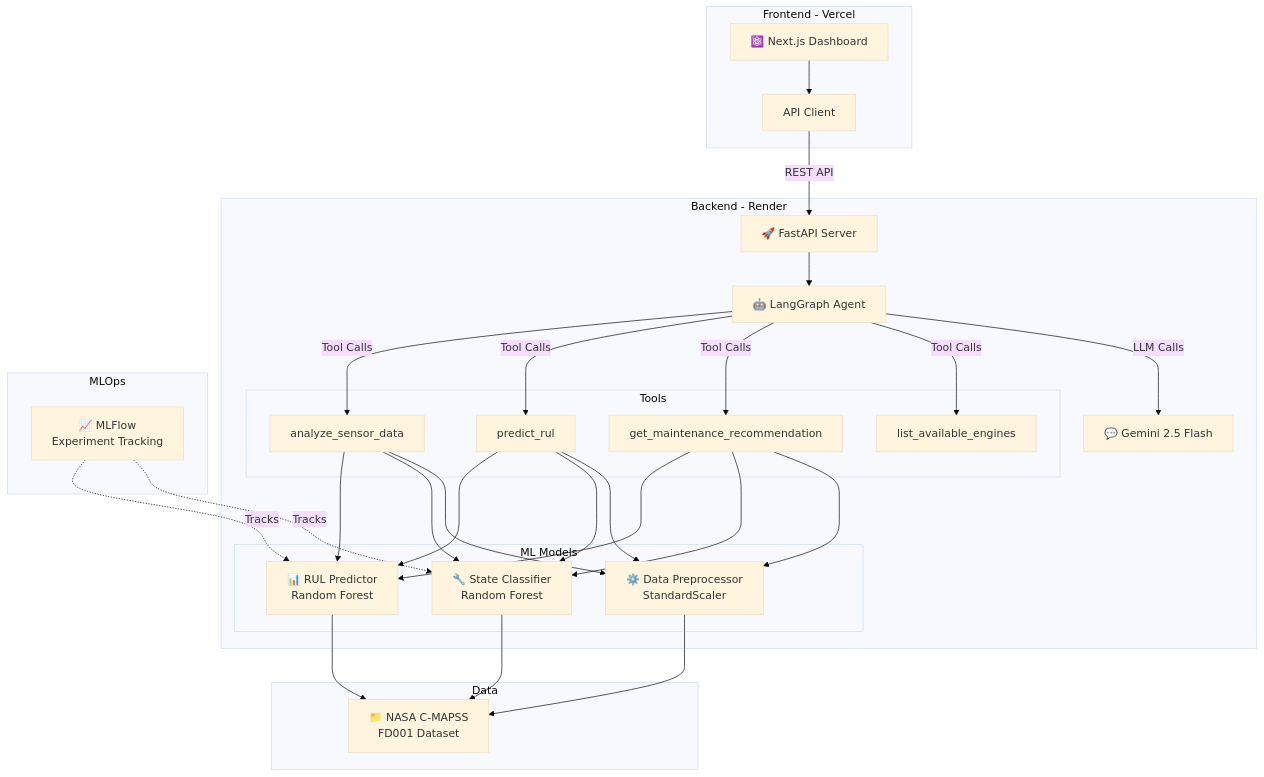
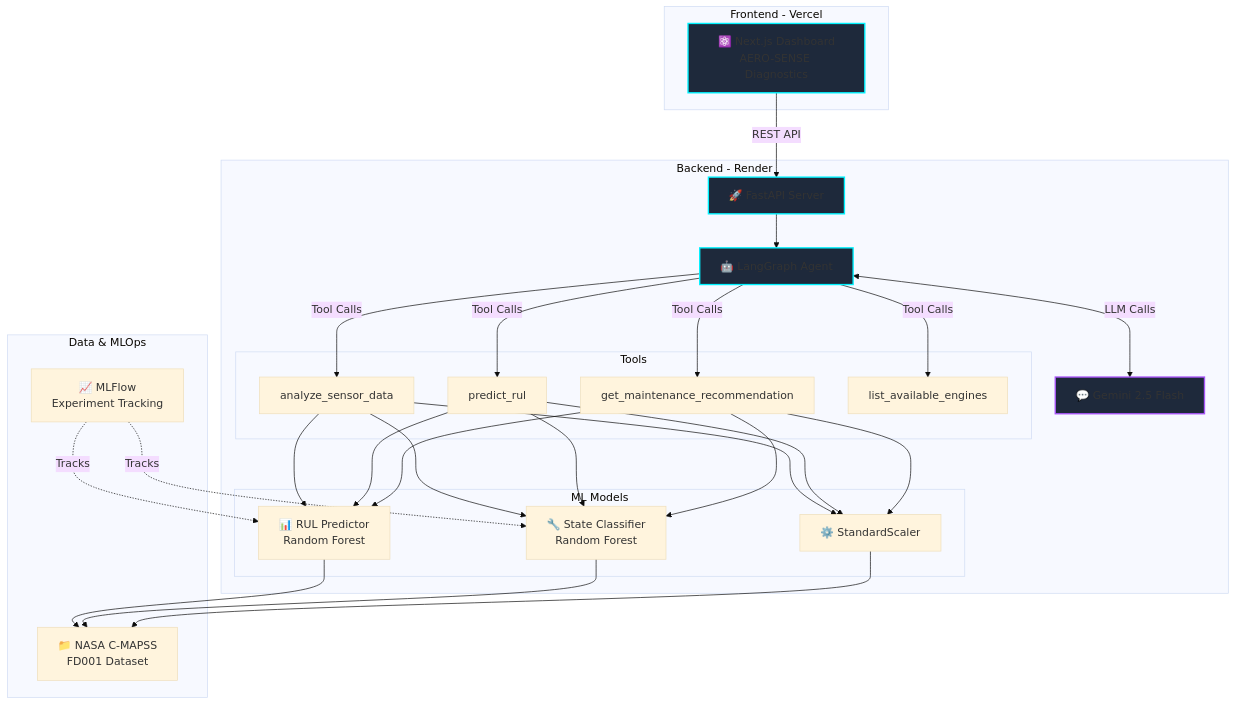
Before and after one commit to sanu-VDart/Fullstack-AI-Engineering: the first of 3 diagrams in ARCHITECTURE.md, drawn with Mermaid (base theme). The commit also changed other lines of this file and 49 other files, not shown here.

````diff
--- a/ARCHITECTURE.md
+++ b/ARCHITECTURE.md
@@ -5,43 +5,43 @@
 ```mermaid
 graph TB
     subgraph "Frontend - Vercel"
-        UI["⚛️ Next.js Dashboard"]
-        API_CLIENT["API Client"]
+        UI["⚛️ Next.js Dashboard<br/>AERO-SENSE Diagnostics"]
     end
     
     subgraph "Backend - Render"
-        FASTAPI["🚀 FastAPI Server"]
+        API["🚀 FastAPI Server"]
         AGENT["🤖 LangGraph Agent"]
         LLM["💬 Gemini 2.5 Flash"]
-        
-        subgraph "ML Models"
-            RUL["📊 RUL Predictor<br/>Random Forest"]
-            STATE["🔧 State Classifier<br/>Random Forest"]
-            PREPROCESSOR["⚙️ Data Preprocessor<br/>StandardScaler"]
-        end
         
         subgraph "Tools"
             T1["analyze_sensor_data"]
             T2["predict_rul"]
             T3["get_maintenance_recommendation"]
             T4["list_available_engines"]
         end
+        
+        subgraph "ML Models"
+            RUL["📊 RUL Predictor<br/>Random Forest"]
+            STATE["🔧 State Classifier<br/>Random Forest"]
+            PREP["⚙️ StandardScaler"]
+        end
     end
     
-    subgraph "Data"
-        CMAPSS["📁 NASA C-MAPSS<br/>FD001 Dataset"]
-    end
-    
-    subgraph "MLOps"
+    subgraph "Data & MLOps"
+        DATA["📁 NASA C-MAPSS<br/>FD001 Dataset"]
         MLFLOW["📈 MLFlow<br/>Experiment Tracking"]
     end
     
-    UI --> API_CLIENT
-    API_CLIENT -->|"REST API"| FASTAPI
-    FASTAPI --> AGENT
-    AGENT -->|"Tool Calls"| T1 & T2 & T3 & T4
-    AGENT -->|"LLM Calls"| LLM
-    T1 & T2 & T3 --> RUL & STATE & PREPROCESSOR
-    RUL & STATE & PREPROCESSOR --> CMAPSS
-    MLFLOW -.->|"Tracks"| RUL & STATE
+    UI -->|REST API| API
+    API --> AGENT
+    AGENT -->|Tool Calls| T1 & T2 & T3 & T4
+    AGENT <-->|LLM Calls| LLM
+    T1 & T2 & T3 --> RUL & STATE & PREP
+    RUL & STATE & PREP --> DATA
+    MLFLOW -.->|Tracks| RUL & STATE
+    
+    style UI fill:#1e293b,stroke:#00f3ff,stroke-width:2px
+    style API fill:#1e293b,stroke:#00f3ff,stroke-width:2px
+    style AGENT fill:#1e293b,stroke:#00f3ff,stroke-width:2px
+    style LLM fill:#1e293b,stroke:#a855f7,stroke-width:2px
 ```
````
